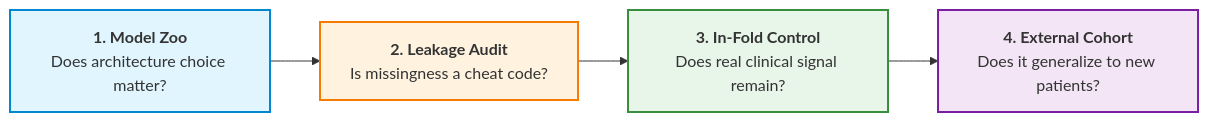
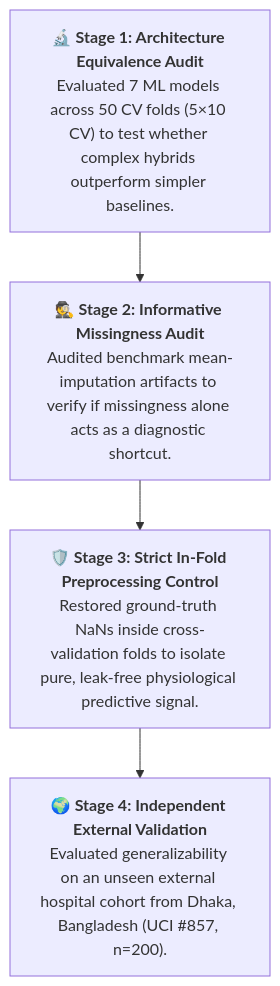
The diagram in README.md (HarshaAppikatla/Chronic-Kidney-Disease), drawn with Mermaid before and after one commit.

Commit message:
fix(docs): resolve Mermaid dark mode text contrast and horizontal squashing

````diff
--- a/README.md
+++ b/README.md
@@ -37,11 +37,11 @@
 ```mermaid
-flowchart LR
-    A["<b>1. Model Zoo</b><br/>Does architecture choice matter?"] --> B["<b>2. Leakage Audit</b><br/>Is missingness a cheat code?"]
-    B --> C["<b>3. In-Fold Control</b><br/>Does real clinical signal remain?"]
-    C --> D["<b>4. External Cohort</b><br/>Does it generalize to new patients?"]
+flowchart TD
+    A["🔬 <b>Stage 1: Architecture Equivalence Audit</b><br/>Evaluated 7 ML models across 50 CV folds (5×10 CV) to test whether complex hybrids outperform simpler baselines."]
+    B["🕵️ <b>Stage 2: Informative Missingness Audit</b><br/>Audited benchmark mean-imputation artifacts to verify if missingness alone acts as a diagnostic shortcut."]
+    C["🛡️ <b>Stage 3: Strict In-Fold Preprocessing Control</b><br/>Restored ground-truth NaNs inside cross-validation folds to isolate pure, leak-free physiological predictive signal."]
+    D["🌍 <b>Stage 4: Independent External Validation</b><br/>Evaluated generalizability on an unseen external hospital cohort from Dhaka, Bangladesh (UCI #857, n=200)."]
 
-    style A fill:#e1f5fe,stroke:#0288d1,stroke-width:2px;
-    style B fill:#fff3e0,stroke:#f57c00,stroke-width:2px;
-    style C fill:#e8f5e9,stroke:#388e3c,stroke-width:2px;
-    style D fill:#f3e5f5,stroke:#7b1fa2,stroke-width:2px;
+    A --> B
+    B --> C
+    C --> D
 ```
````
